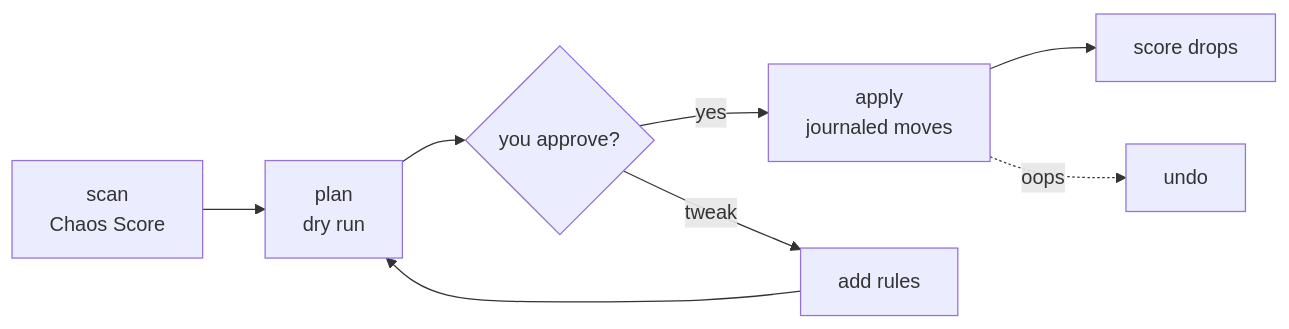
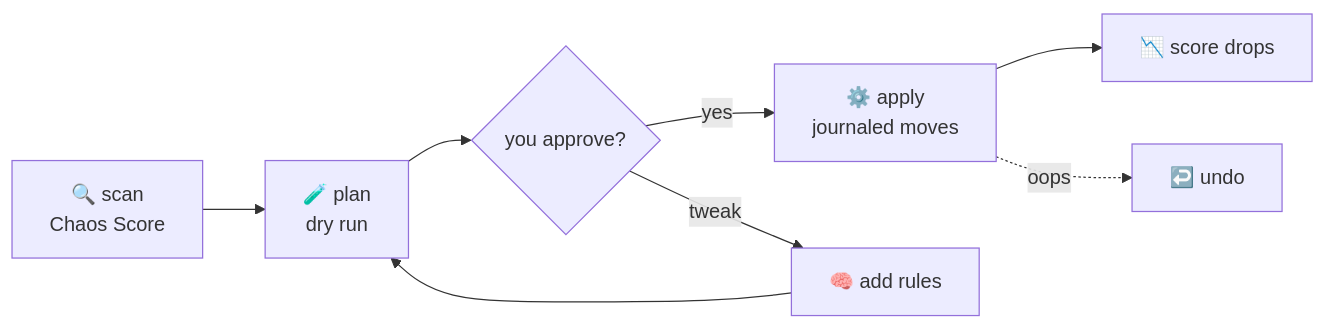
The diagram in README.md (NISTALTALSON/adhd), drawn with Mermaid before and after one commit. The commit also changed other lines of this file and 12 other files, not shown here.

````diff
--- a/README.md
+++ b/README.md
@@ -112,9 +128,9 @@
 ```mermaid
 flowchart LR
-  A[scan<br/>Chaos Score] --> B[plan<br/>dry run]
+  A[🔍 scan<br/>Chaos Score] --> B[🧪 plan<br/>dry run]
   B --> C{you approve?}
-  C -- yes --> D[apply<br/>journaled moves]
-  C -- tweak --> E[add rules] --> B
-  D --> F[score drops]
-  D -. oops .-> G[undo]
+  C -- yes --> D[⚙️ apply<br/>journaled moves]
+  C -- tweak --> E[🧠 add rules] --> B
+  D --> F[📉 score drops]
+  D -. oops .-> G[↩️ undo]
 ```
````
